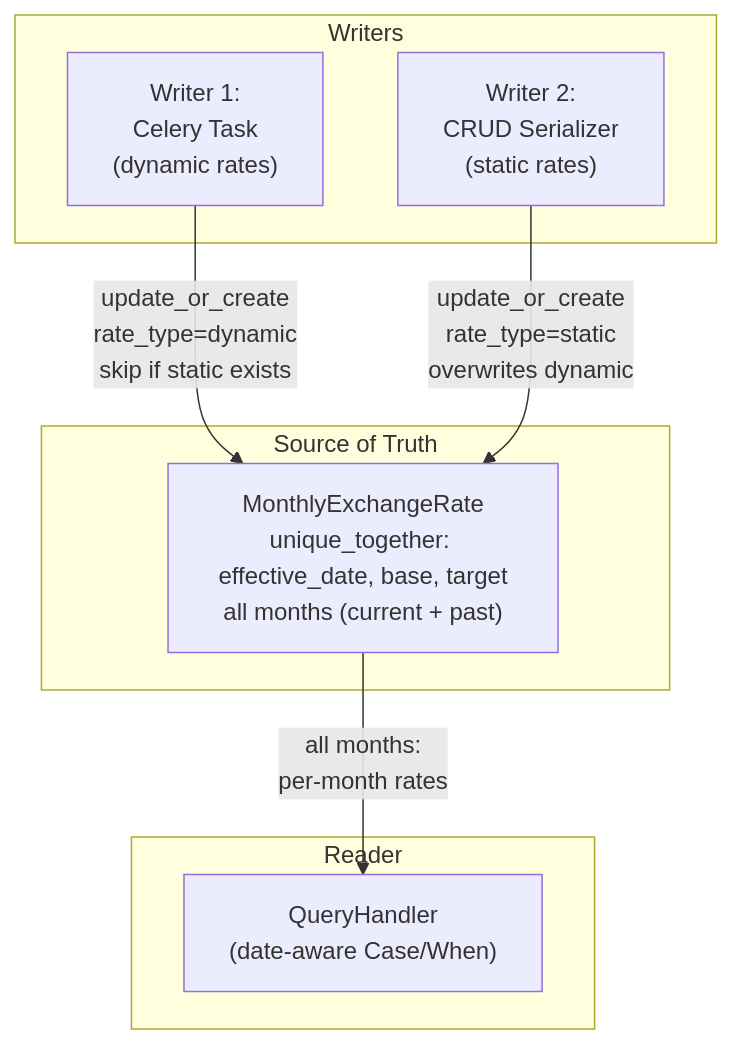
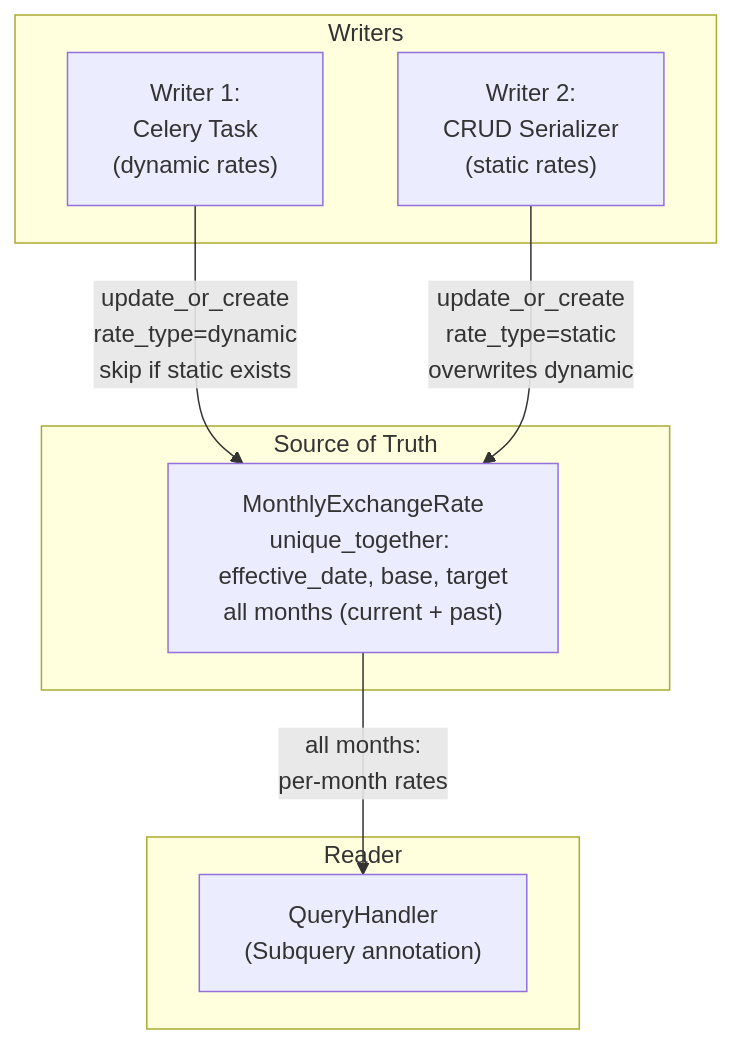
One commit to project-koku/koku changed the second of 2 diagrams in docs/architecture/constant-currency/pipeline-changes.md. Above: the diagram before and after it, drawn with Mermaid. The commit also changed other lines of this file and 5 other files, not shown here.

````diff
--- a/docs/architecture/constant-currency/pipeline-changes.md
+++ b/docs/architecture/constant-currency/pipeline-changes.md
@@ -107,16 +108,16 @@
 ```mermaid
 graph TD
     subgraph "Writers"
         W1["Writer 1:<br/>Celery Task<br/>(dynamic rates)"]
         W2["Writer 2:<br/>CRUD Serializer<br/>(static rates)"]
     end
     subgraph "Source of Truth"
         MER["MonthlyExchangeRate<br/>unique_together: effective_date, base, target<br/>all months (current + past)"]
     end
     subgraph "Reader"
-        QH["QueryHandler<br/>(date-aware Case/When)"]
+        QH["QueryHandler<br/>(Subquery annotation)"]
     end
     W1 -->|"update_or_create<br/>rate_type=dynamic<br/>skip if static exists"| MER
     W2 -->|"update_or_create<br/>rate_type=static<br/>overwrites dynamic"| MER
     MER -->|"all months:<br/>per-month rates"| QH
 ```
````
